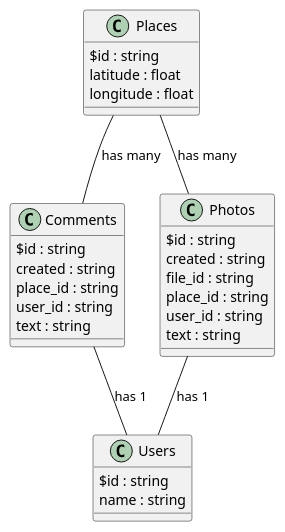
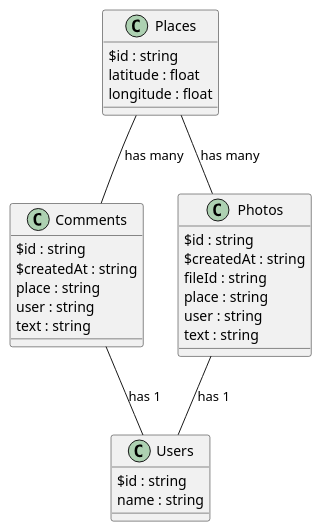
One commit to stnguyen90/places changed the diagram in docs/collections.plantuml. Above: the diagram before and after it, drawn with PlantUML. The commit also changed 31 other files, not shown here.

```diff
--- a/docs/collections.plantuml
+++ b/docs/collections.plantuml
@@ -1,53 +1,52 @@
 @startuml Collections
 
 class Places {
     $id : string
     latitude : float
     longitude : float
 }
 
 ' class Submissions {
 '     $id : string
-'     user_id : string
+'     $createdAt : string
+'     user : string
 '     latitude : float
 '     longitude : float
-'     created : string
 ' }
 
 class Comments {
     $id : string
-    created : string
-    place_id : string
-    user_id : string
+    $createdAt : string
+    place : string
+    user : string
     text : string
 }
 
 ' class Votes {
 '     $id : string
-'     place_id : string
-'     user_id : string
-'     created : string
+'     $createdAt : string
+'     place : string
+'     user : string
 '     value : int
 ' }
 
 class Photos {
     $id : string
-    created : string
-    file_id : string
-    place_id : string
-    user_id : string
+    $createdAt : string
+    fileId : string
+    place : string
+    user : string
     text : string
-
 }
 
 class Users {
     $id : string
     name : string
 }
 
 Places --  Comments : has many
 Places -- Photos : has many
 Comments -- Users : has 1
 Photos -- Users : has 1
 
 @enduml
```
